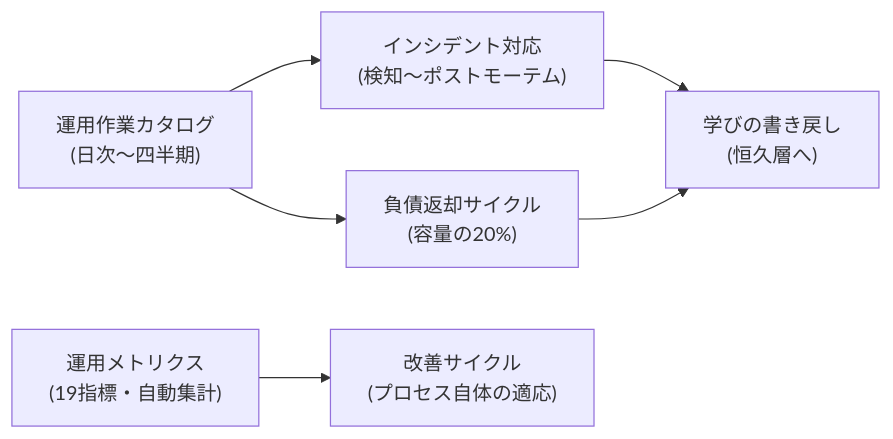
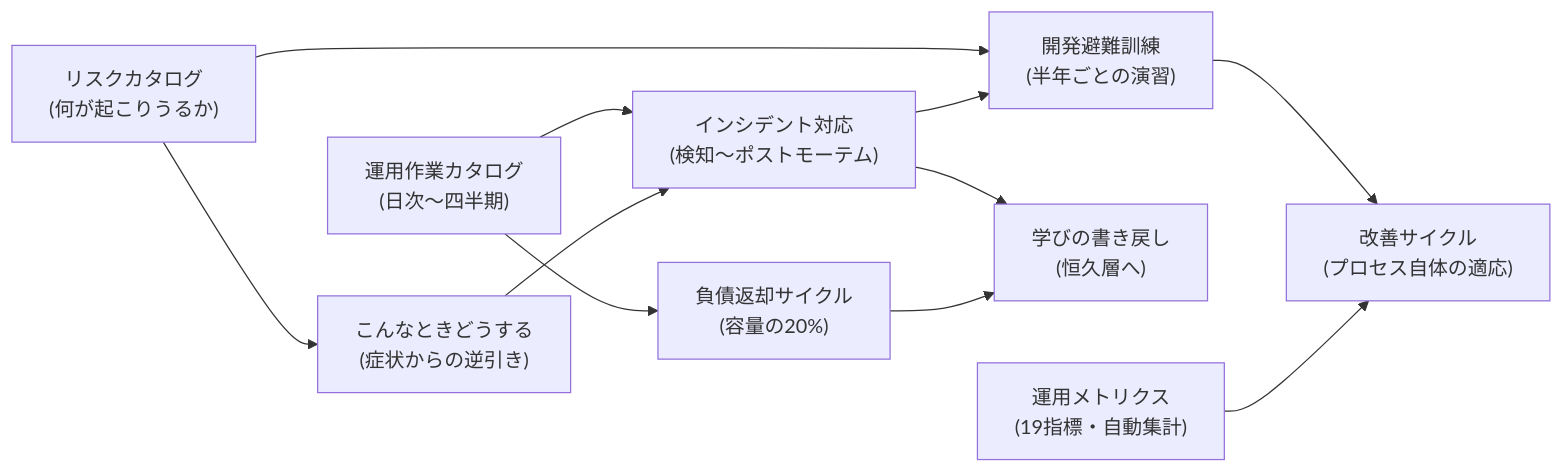
One commit to Takenori-Kusaka/process-compass changed the diagram in src/content/docs/phase6-operation/overview.md. Above: the diagram before and after it, drawn with Mermaid. The commit also changed other lines of this file and 9 other files, not shown here.

````diff
--- a/src/content/docs/phase6-operation/overview.md
+++ b/src/content/docs/phase6-operation/overview.md
@@ -12,8 +12,13 @@
 ```mermaid
 graph LR
   OC["運用作業カタログ<br>(日次〜四半期)"] --> IR["インシデント対応<br>(検知〜ポストモーテム)"]
   OC --> DP["負債返却サイクル<br>(容量の20%)"]
+  RC["リスクカタログ<br>(何が起こりうるか)"] --> WD["こんなときどうする<br>(症状からの逆引き)"]
+  WD --> IR
+  RC --> DR["開発避難訓練<br>(半年ごとの演習)"]
+  IR --> DR
   IR --> WB["学びの書き戻し<br>(恒久層へ)"]
   DP --> WB
-  M["運用メトリクス<br>(19指標・自動集計)"] --> IC["改善サイクル<br>(プロセス自体の適応)"]
+  DR --> IC["改善サイクル<br>(プロセス自体の適応)"]
+  M["運用メトリクス<br>(19指標・自動集計)"] --> IC
 ```
````
